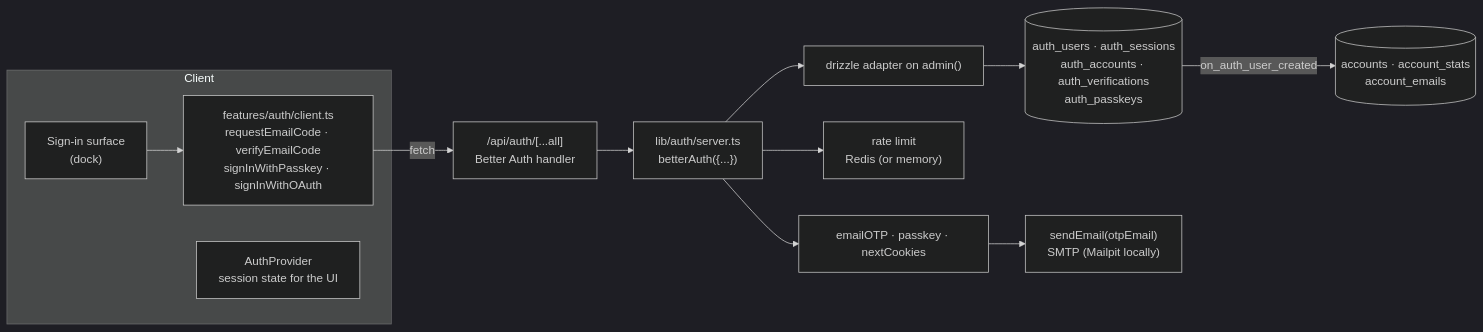
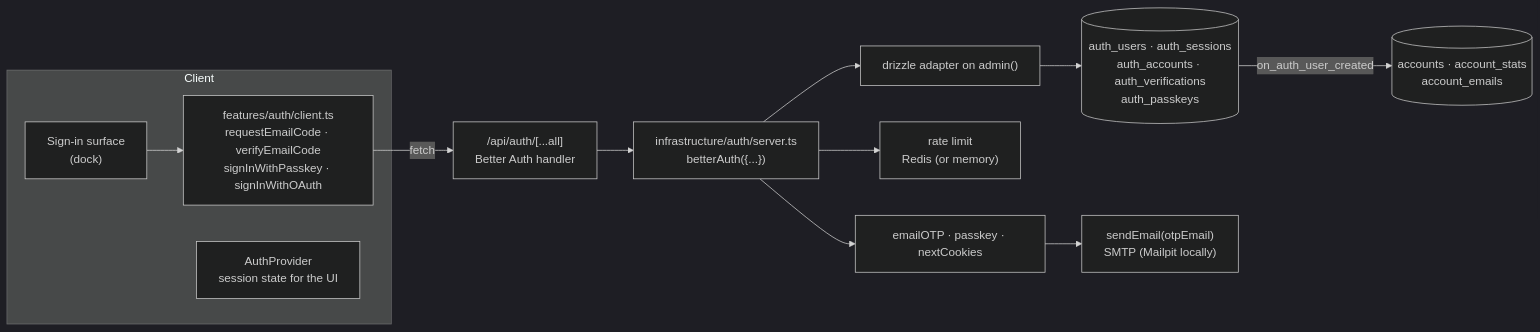
The first of 4 diagrams in docs/architecture/auth.md (omerdlw/Guffin), drawn with Mermaid (dark theme) before and after one commit. The commit also changed 20 other files, not shown here.

````diff
--- a/docs/architecture/auth.md
+++ b/docs/architecture/auth.md
@@ -9,15 +9,15 @@
 ```mermaid
 flowchart LR
   subgraph Client
     SI["Sign-in surface<br/>(dock)"] --> AC["features/auth/client.ts<br/>requestEmailCode · verifyEmailCode<br/>signInWithPasskey · signInWithOAuth"]
     AP["AuthProvider<br/>session state for the UI"]
   end
   AC -->|fetch| H["/api/auth/[...all]<br/>Better Auth handler"]
-  H --> BA["lib/auth/server.ts<br/>betterAuth({...})"]
+  H --> BA["infrastructure/auth/server.ts<br/>betterAuth({...})"]
   BA --> Plugins["emailOTP · passkey · nextCookies"]
   BA --> RL["rate limit<br/>Redis (or memory)"]
   BA --> Adapter["drizzle adapter on admin()"]
   Adapter --> T[("auth_users · auth_sessions<br/>auth_accounts · auth_verifications<br/>auth_passkeys")]
   Plugins --> Mail["sendEmail(otpEmail)<br/>SMTP (Mailpit locally)"]
   T -->|on_auth_user_created| ACC[("accounts · account_stats<br/>account_emails")]
 ```
````
